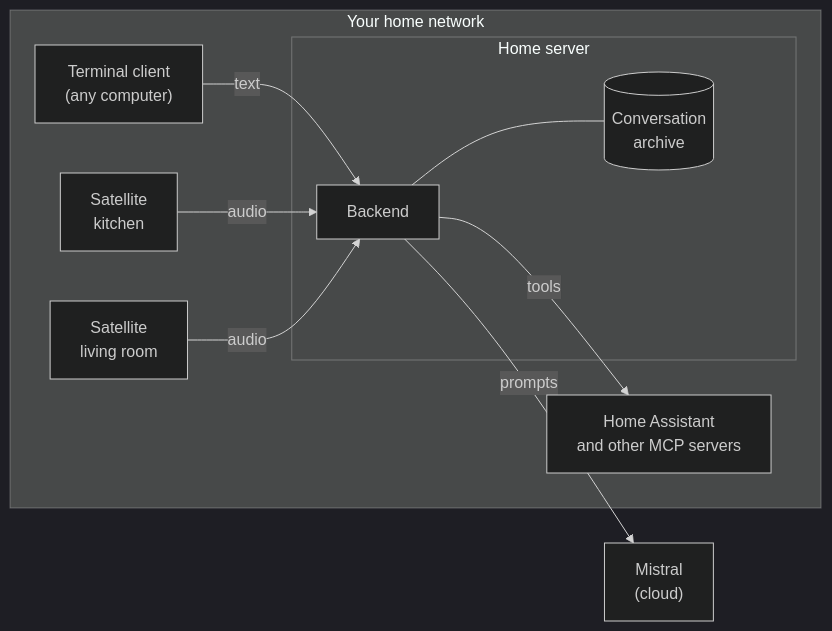
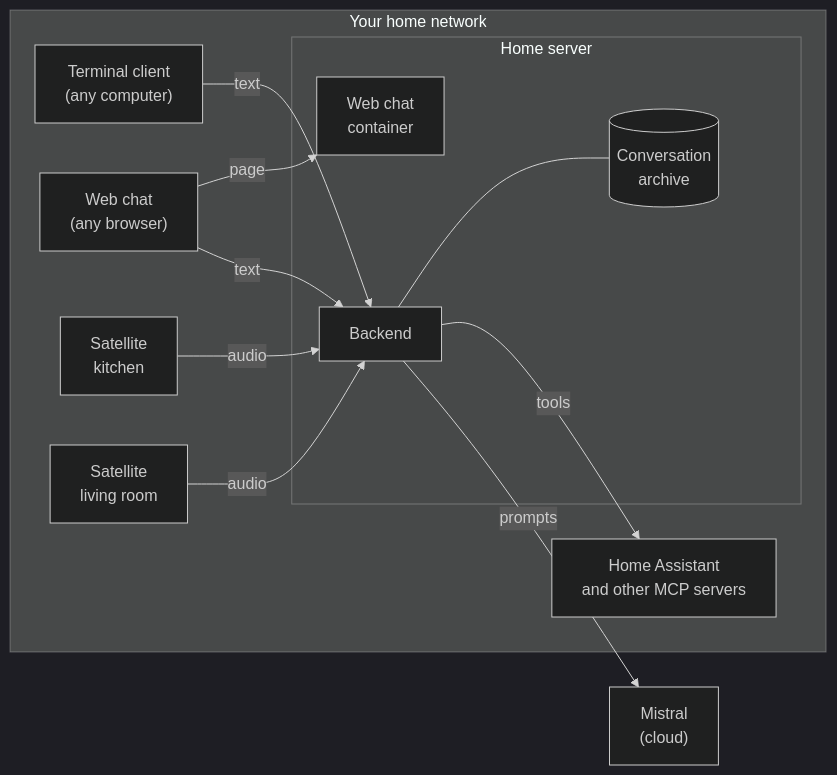
One commit to ambrogio-app/ambrogio-docs changed the diagram in src/content/docs/explanation/architecture.md. Above: the diagram before and after it, drawn with Mermaid (dark theme). The commit also changed other lines of this file and 8 other files, not shown here.

First line of the commit message:
Document the web chat

````diff
--- a/src/content/docs/explanation/architecture.md
+++ b/src/content/docs/explanation/architecture.md
@@ -10,21 +10,25 @@
 ```mermaid
 flowchart LR
     subgraph home[Your home network]
         CLI["Terminal client<br/>(any computer)"]
+        WEB["Web chat<br/>(any browser)"]
         S1["Satellite<br/>kitchen"]
         S2["Satellite<br/>living room"]
         subgraph server[Home server]
             B["Backend"]
+            W["Web chat<br/>container"]
             DB[("Conversation<br/>archive")]
         end
         HA["Home Assistant<br/>and other MCP servers"]
     end
     LLM["Mistral<br/>(cloud)"]
 
     CLI -- text --> B
+    WEB -- page --> W
+    WEB -- text --> B
     S1 -- audio --> B
     S2 -- audio --> B
     B --- DB
     B -- tools --> HA
     B -- prompts --> LLM
 ```
````
